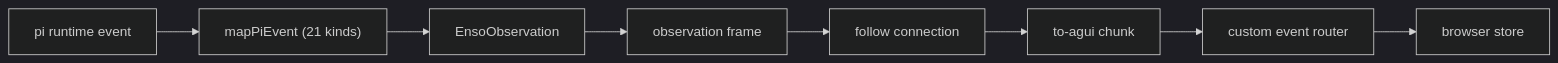
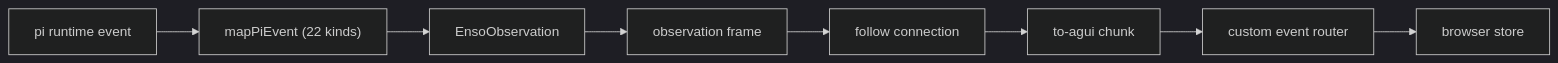
The second of 2 diagrams in docs/reference/flows.md (dopamine911/enso-harness), drawn with Mermaid (dark theme) before and after one commit. The commit also changed other lines of this file and 22 other files, not shown here.

````diff
--- a/docs/reference/flows.md
+++ b/docs/reference/flows.md
@@ -41,11 +41,11 @@
 ```mermaid
 flowchart LR
   Pi["pi runtime event"]
-  Pi --> Mapper["mapPiEvent (21 kinds)"]
+  Pi --> Mapper["mapPiEvent (22 kinds)"]
   Mapper --> Schema["EnsoObservation"]
   Schema --> Frame["observation frame"]
   Frame --> Connection["follow connection"]
   Connection --> Adapter["to-agui chunk"]
   Adapter --> Router["custom event router"]
   Router --> Store["browser store"]
 ```
````
